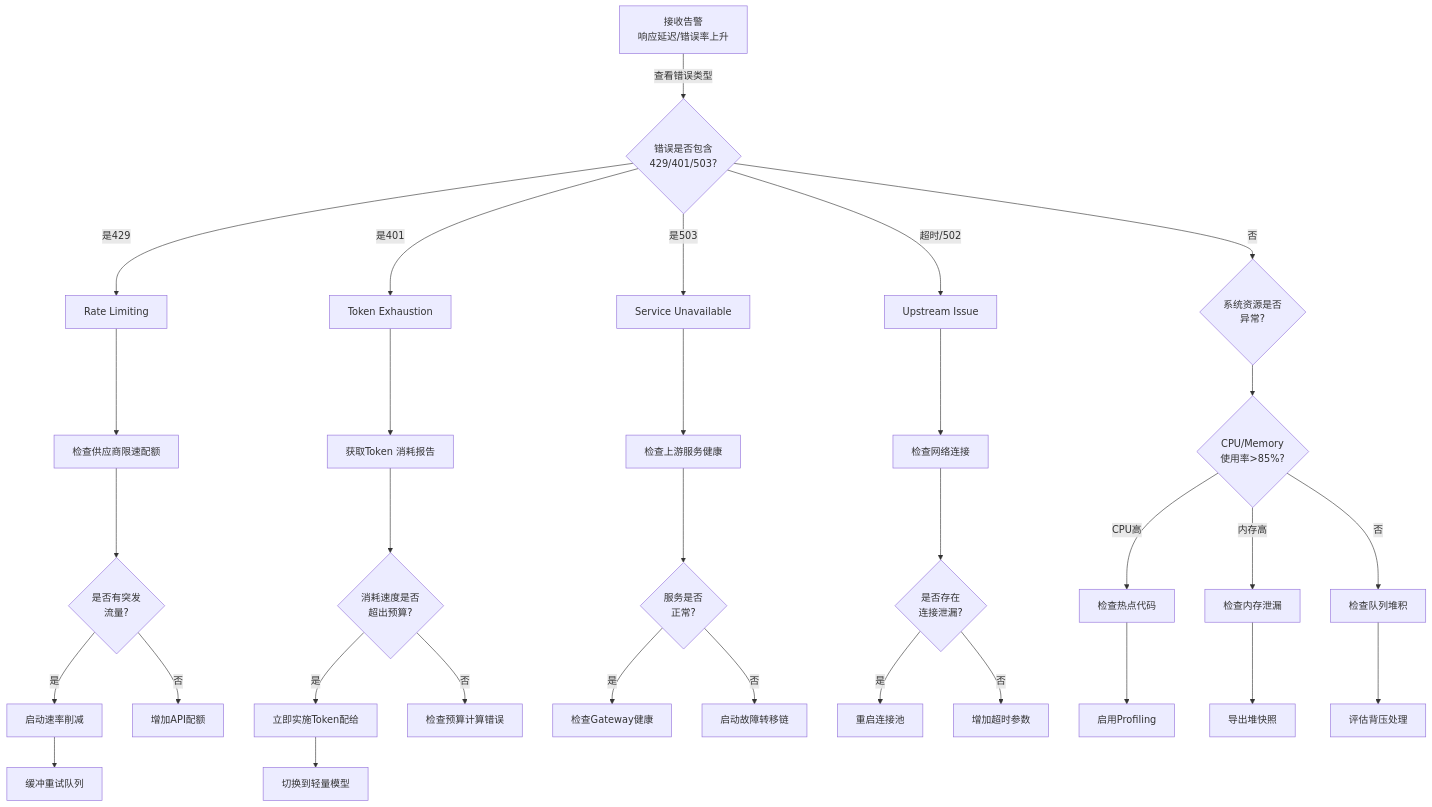
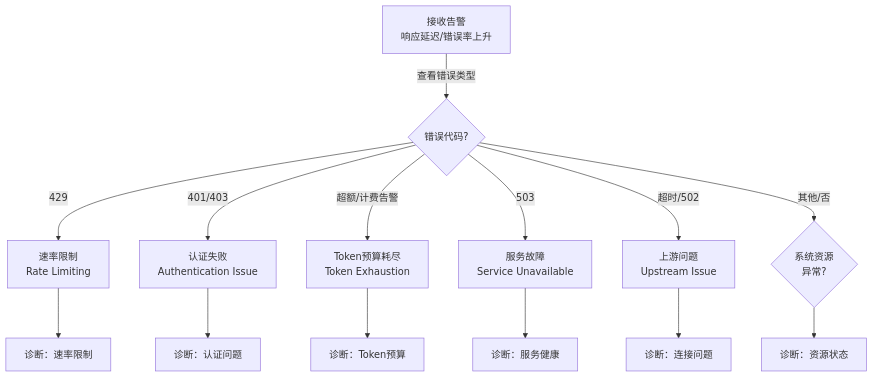
One commit to yeasy/openclaw_guide changed the diagram in 15_troubleshooting_trees/15.2_high_concurrency_diagnosis.md. Above: the diagram before and after it, drawn with Mermaid. The commit also changed other lines of this file and 1 other file, not shown here.

````diff
--- a/15_troubleshooting_trees/15.2_high_concurrency_diagnosis.md
+++ b/15_troubleshooting_trees/15.2_high_concurrency_diagnosis.md
@@ -24,41 +25,18 @@
 ```mermaid
 graph TD
-    A["接收告警<br/>响应延迟/错误率上升"] -->|查看错误类型| B{错误是否包含<br/>429/401/503?}
+    A["接收告警<br/>响应延迟/错误率上升"] -->|查看错误类型| B{错误代码?}
 
-    B -->|是429| C["Rate Limiting"]
-    B -->|是401| D["Token Exhaustion"]
-    B -->|是503| E["Service Unavailable"]
-    B -->|超时/502| F["Upstream Issue"]
-    B -->|否| G{系统资源是否<br/>异常?}
+    B -->|429| C["速率限制<br/>Rate Limiting"]
+    B -->|401/403| D["认证失败<br/>Authentication Issue"]
+    B -->|超额/计费告警| E["Token预算耗尽<br/>Token Exhaustion"]
+    B -->|503| F["服务故障<br/>Service Unavailable"]
+    B -->|超时/502| G["上游问题<br/>Upstream Issue"]
+    B -->|其他/否| H{系统资源<br/>异常?}
 
-    C --> C1["检查供应商限速配额"]
-    C1 --> C2{是否有突发<br/>流量?}
-    C2 -->|是| C3["启动速率削减"]
-    C2 -->|否| C4["增加API配额"]
-    C3 --> C5["缓冲重试队列"]
-
-    D --> D1["获取Token 消耗报告"]
-    D1 --> D2{消耗速度是否<br/>超出预算?}
-    D2 -->|是| D3["立即实施Token配给"]
-    D2 -->|否| D4["检查预算计算错误"]
-    D3 --> D5["切换到轻量模型"]
-
-    E --> E1["检查上游服务健康"]
-    E1 --> E2{服务是否<br/>正常?}
-    E2 -->|是| E3["检查Gateway健康"]
-    E2 -->|否| E4["启动故障转移链"]
-
-    F --> F1["检查网络连接"]
-    F1 --> F2{是否存在<br/>连接泄漏?}
-    F2 -->|是| F3["重启连接池"]
-    F2 -->|否| F4["增加超时参数"]
-
-    G --> G1{CPU/Memory<br/>使用率>85%?}
-    G1 -->|CPU高| G2["检查热点代码"]
-    G1 -->|内存高| G3["检查内存泄漏"]
-    G1 -->|否| G4["检查队列堆积"]
-
-    G2 --> G2A["启用Profiling"]
-    G3 --> G3A["导出堆快照"]
-    G4 --> G4A["评估背压处理"]
+    C --> C1["诊断：速率限制"]
+    D --> D1["诊断：认证问题"]
+    E --> E1["诊断：Token预算"]
+    F --> F1["诊断：服务健康"]
+    G --> G1["诊断：连接问题"]
+    H --> H1["诊断：资源状态"]
 ```
````
